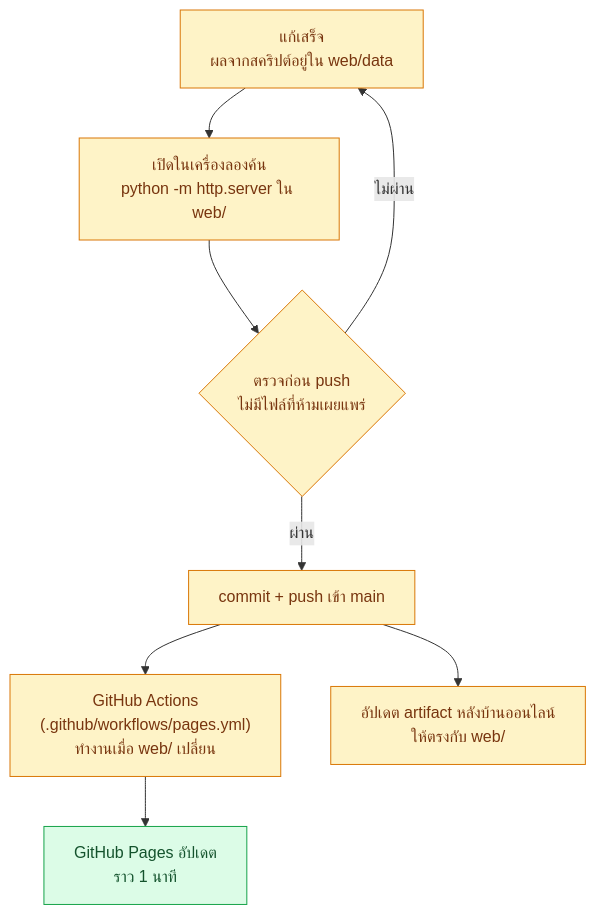
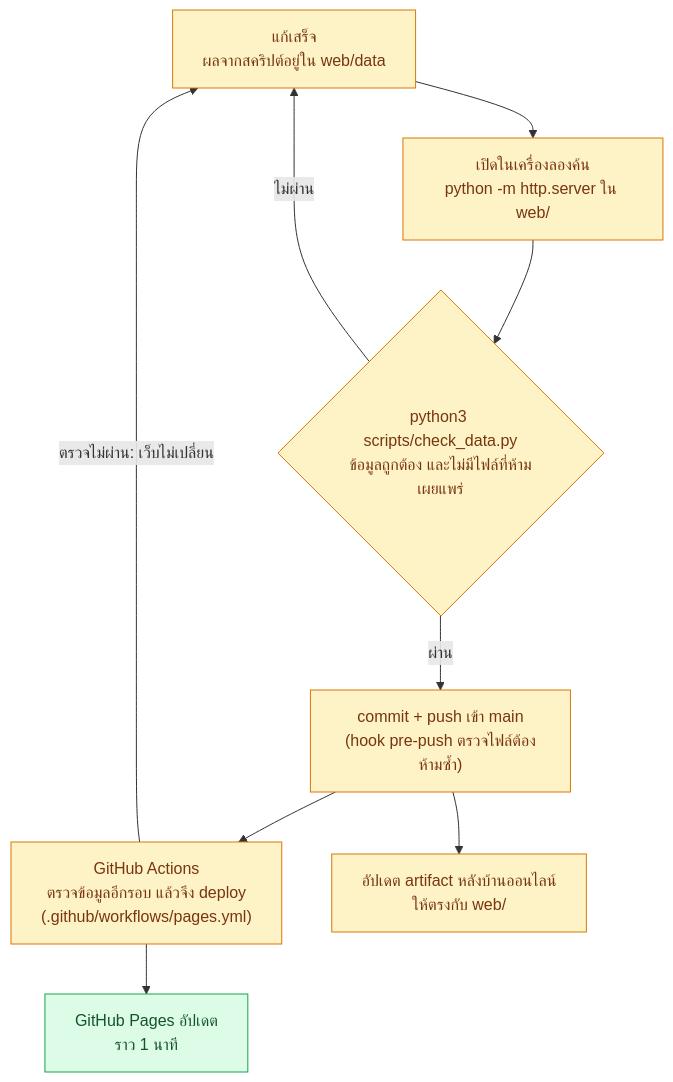
One commit to oatOracLe/ICD-Search changed the ninth of 9 diagrams in docs/flow.md. Above: the diagram before and after it, drawn with Mermaid. The commit also changed other lines of this file and 7 other files, not shown here.

First line of the commit message:
ตรวจข้อมูลอัตโนมัติก่อนขึ้นเว็บ และกันไฟล์ภายในไม่ให้ขึ้น GitHub

````diff
--- a/docs/flow.md
+++ b/docs/flow.md
@@ -218,14 +218,15 @@
 ```mermaid
 flowchart TD
   change["แก้เสร็จ<br>ผลจากสคริปต์อยู่ใน web/data"]:::work --> test["เปิดในเครื่องลองค้น<br>python -m http.server ใน web/"]:::work
-  test --> guard{"ตรวจก่อน push<br>ไม่มีไฟล์ที่ห้ามเผยแพร่"}:::work
-  guard -- "ผ่าน" --> push["commit + push เข้า main"]:::work
+  test --> guard{"python3 scripts/check_data.py<br>ข้อมูลถูกต้อง และไม่มีไฟล์ที่ห้ามเผยแพร่"}:::work
+  guard -- "ผ่าน" --> push["commit + push เข้า main<br>(hook pre-push ตรวจไฟล์ต้องห้ามซ้ำ)"]:::work
   guard -- "ไม่ผ่าน" --> change
-  push --> act["GitHub Actions<br>(.github/workflows/pages.yml)<br>ทำงานเมื่อ web/ เปลี่ยน"]:::work
+  push --> act["GitHub Actions<br>ตรวจข้อมูลอีกรอบ แล้วจึง deploy<br>(.github/workflows/pages.yml)"]:::work
+  act -- "ตรวจไม่ผ่าน: เว็บไม่เปลี่ยน" --> change
   act --> pages["GitHub Pages อัปเดต<br>ราว 1 นาที"]:::data
   push --> art["อัปเดต artifact หลังบ้านออนไลน์<br>ให้ตรงกับ web/"]:::work
 
   classDef src fill:#dbeafe,stroke:#3b82f6,color:#1e3a8a
   classDef work fill:#fef3c7,stroke:#d97706,color:#78350f
   classDef data fill:#dcfce7,stroke:#16a34a,color:#14532d
 ```
````
